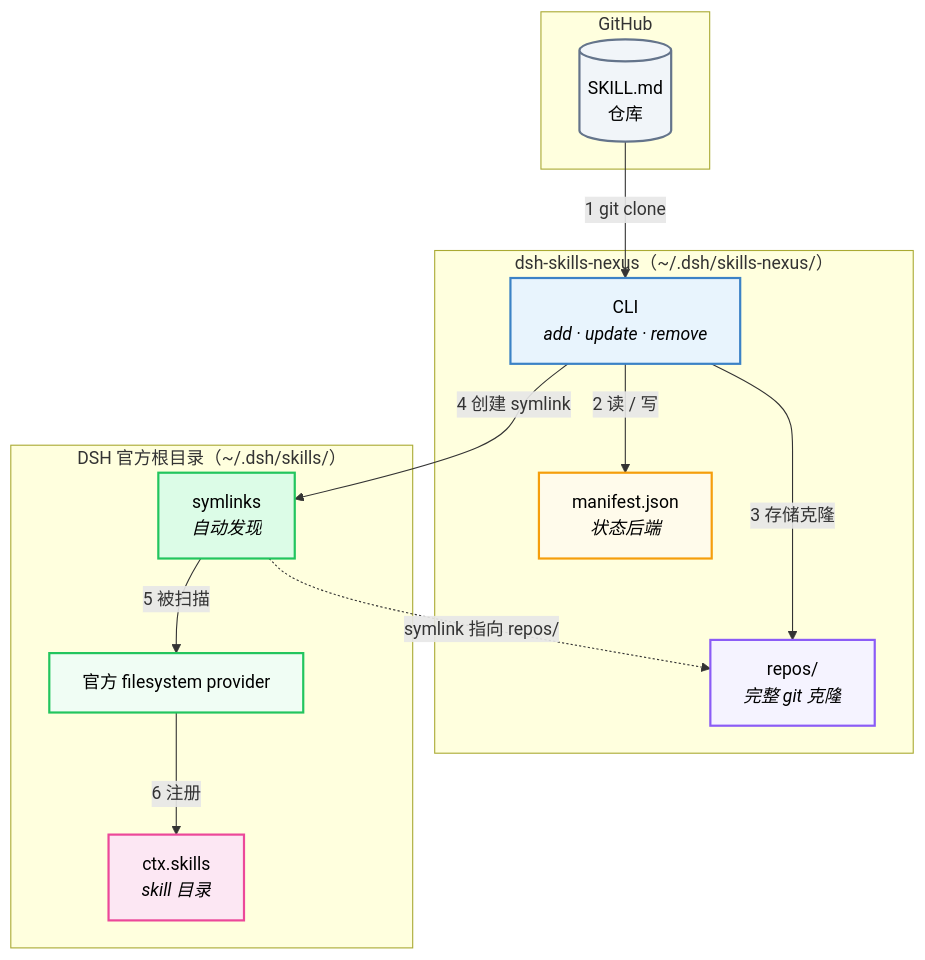
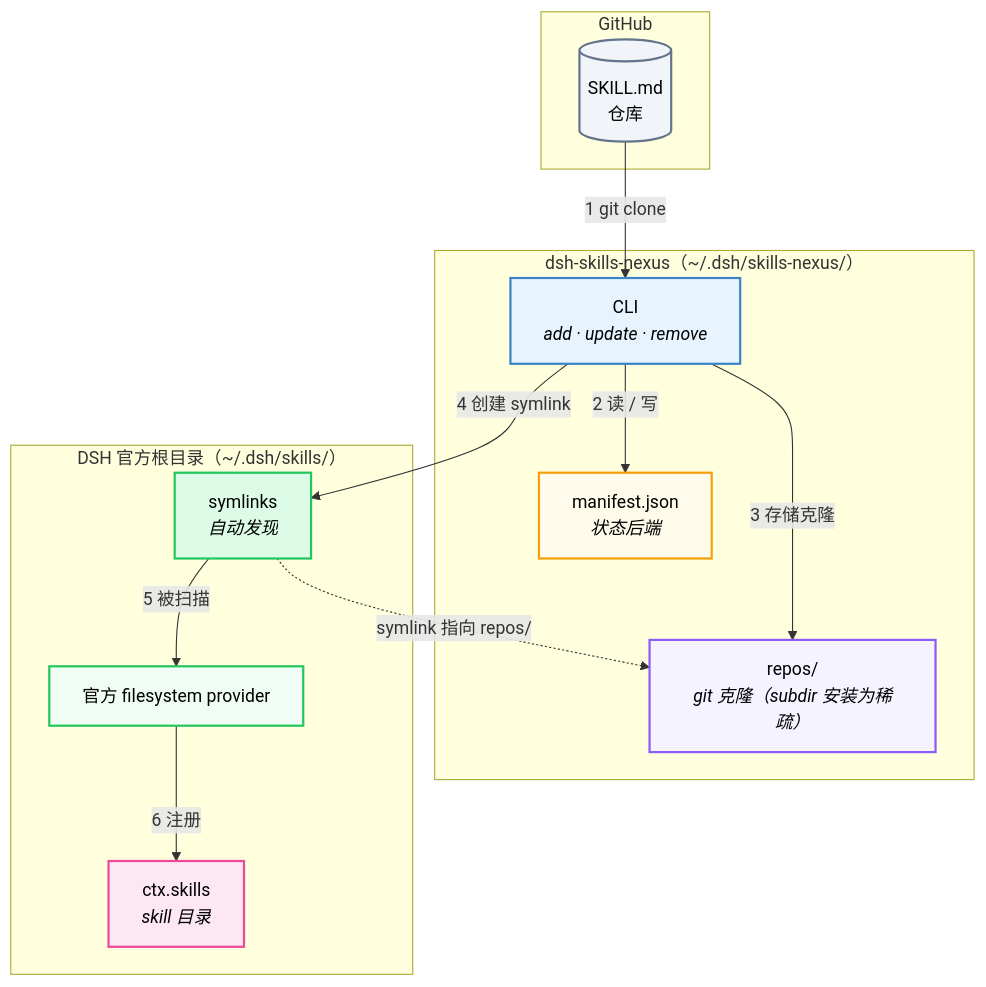
One commit to xiaxi626/dsh-skills-nexus changed the diagram in docs/ARCHITECTURE.zh-CN.md. Above: the diagram before and after it, drawn with Mermaid. The commit also changed other lines of this file and 7 other files, not shown here.

````diff
--- a/docs/ARCHITECTURE.zh-CN.md
+++ b/docs/ARCHITECTURE.zh-CN.md
@@ -9,34 +9,34 @@
 ```mermaid
 flowchart TD
     subgraph SRC["GitHub"]
         G[("SKILL.md<br/>仓库")]
     end
 
     subgraph NEXUS["dsh-skills-nexus（~/.dsh/skills-nexus/）"]
         A["CLI<br/><i>add · update · remove</i>"]
         M["manifest.json<br/><i>状态后端</i>"]
-        R["repos/<br/><i>完整 git 克隆</i>"]
+        R["repos/<br/><i>git 克隆（subdir 安装为稀疏）</i>"]
     end
 
     subgraph DSH["DSH 官方根目录（~/.dsh/skills/）"]
         L["symlinks<br/><i>自动发现</i>"]
         P["官方 filesystem provider"]
         C["ctx.skills<br/><i>skill 目录</i>"]
     end
 
     G -->|"1  git clone"| A
     A -->|"2  读 / 写"| M
     A -->|"3  存储克隆"| R
     A -->|"4  创建 symlink"| L
     L -.->|"symlink 指向 repos/"| R
     L -->|"5  被扫描"| P
     P -->|"6  注册"| C
 
     style A fill:#e8f4fd,stroke:#3b82c6,stroke-width:2px,color:#000
     style P fill:#f0fdf4,stroke:#22c55e,stroke-width:2px,color:#000
     style M fill:#fffbeb,stroke:#f59e0b,stroke-width:2px,color:#000
     style R fill:#f5f3ff,stroke:#8b5cf6,stroke-width:2px,color:#000
     style L fill:#dcfce7,stroke:#22c55e,stroke-width:2px,color:#000
     style C fill:#fce7f3,stroke:#ec4899,stroke-width:2px,color:#000
     style G fill:#f1f5f9,stroke:#64748b,stroke-width:2px,color:#000
 ```
````
